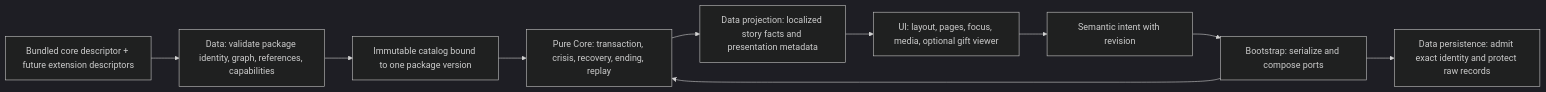
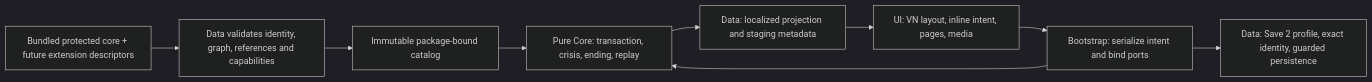
Before and after one commit to T3thr/JaoKob: the diagram in docs/sprints/sprint-05-ssot.md, drawn with Mermaid (dark theme). The commit also changed other lines of this file and 13 other files, not shown here.

````diff
--- a/docs/sprints/sprint-05-ssot.md
+++ b/docs/sprints/sprint-05-ssot.md
@@ -123,12 +114,11 @@
 ```mermaid
 flowchart LR
-  Registry["Bundled core descriptor + future extension descriptors"] --> Data["Data: validate package identity, graph, references, capabilities"]
-  Data --> Catalog["Immutable catalog bound to one package version"]
-  Catalog --> Core["Pure Core: transaction, crisis, recovery, ending, replay"]
-  Core --> Projection["Data projection: localized story facts and presentation metadata"]
-  Projection --> UI["UI: layout, pages, focus, media, optional gift viewer"]
-  UI --> Intent["Semantic intent with revision"]
-  Intent --> Root["Bootstrap: serialize and compose ports"]
+  Registry["Bundled protected core + future extension descriptors"] --> Data["Data validates identity, graph, references and capabilities"]
+  Data --> Catalog["Immutable package-bound catalog"]
+  Catalog --> Core["Pure Core: transaction, crisis, ending, replay"]
+  Core --> VM["Data: localized projection and staging metadata"]
+  VM --> UI["UI: VN layout, inline intent, pages, media"]
+  UI --> Root["Bootstrap: serialize intent and bind ports"]
   Root --> Core
-  Root --> Save["Data persistence: admit exact identity and protect raw records"]
+  Root --> Save["Data: Save 2 profile, exact identity, guarded persistence"]
 ```
````
